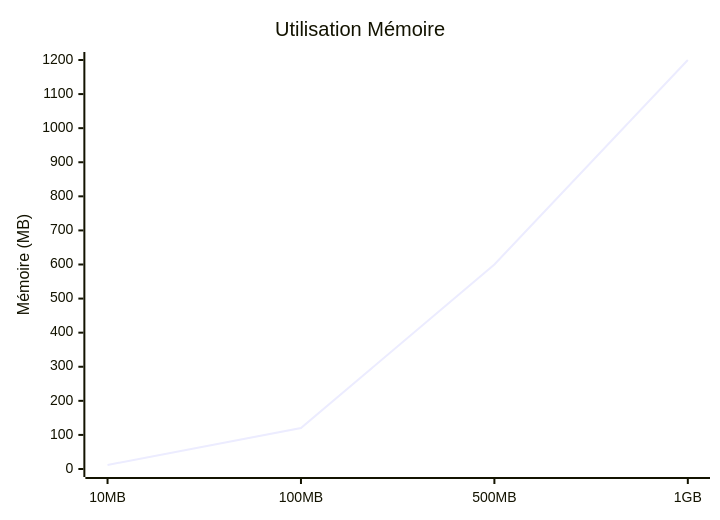
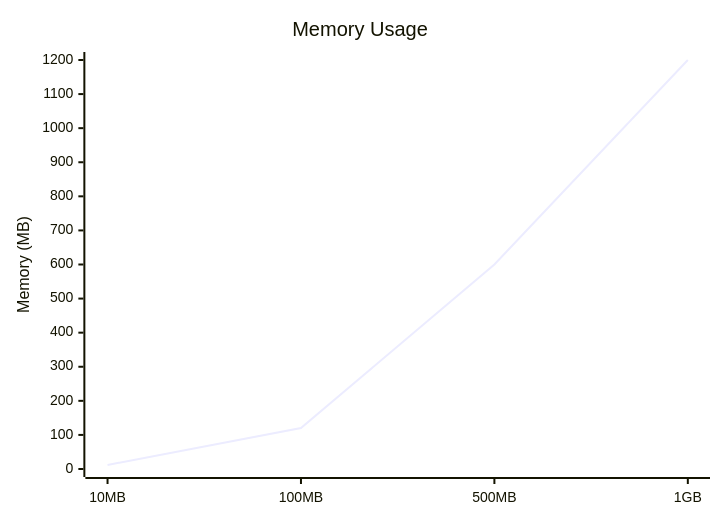
Diagram 15 of 15 in docs/architecture/system-design.md (lithair/lithair), drawn with Mermaid before and after one commit. The commit also changed other lines of this file and 84 other files, not shown here.

````diff
--- a/docs/architecture/system-design.md
+++ b/docs/architecture/system-design.md
@@ -486,7 +486,7 @@
 ```mermaid
 xychart-beta
-    title "Utilisation Mémoire"
+    title "Memory Usage"
     x-axis ["10MB", "100MB", "500MB", "1GB"]
-    y-axis "Mémoire (MB)" 0 --> 1200
+    y-axis "Memory (MB)" 0 --> 1200
     line [12, 120, 600, 1200]
 ```
````
